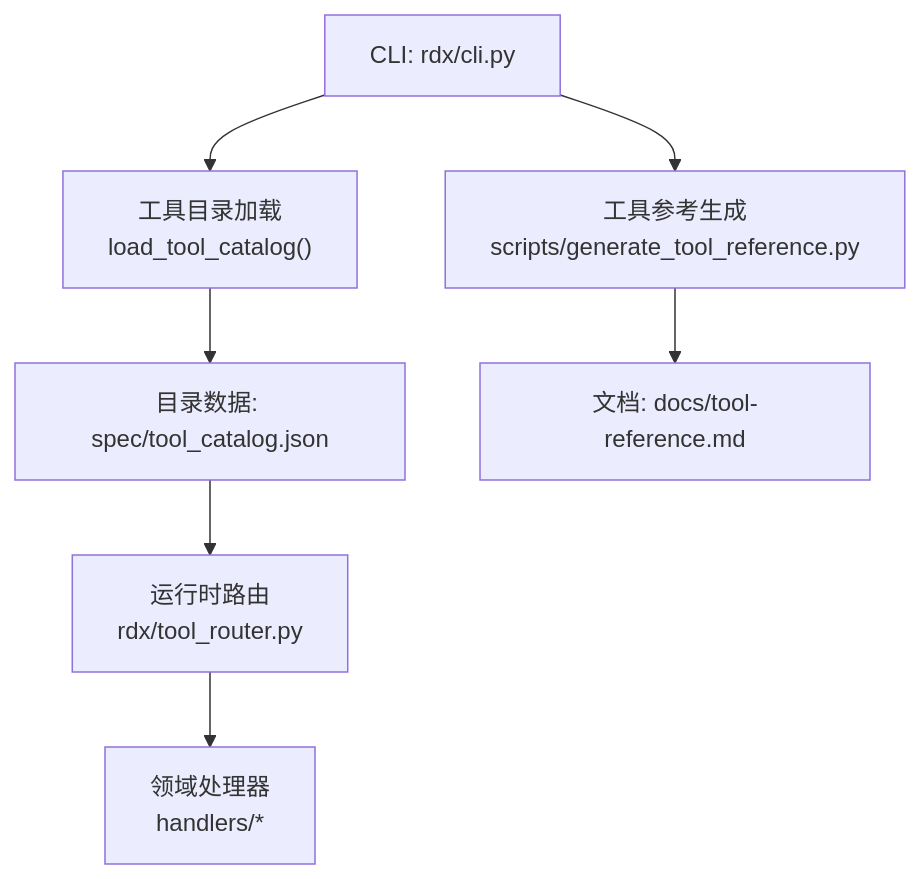
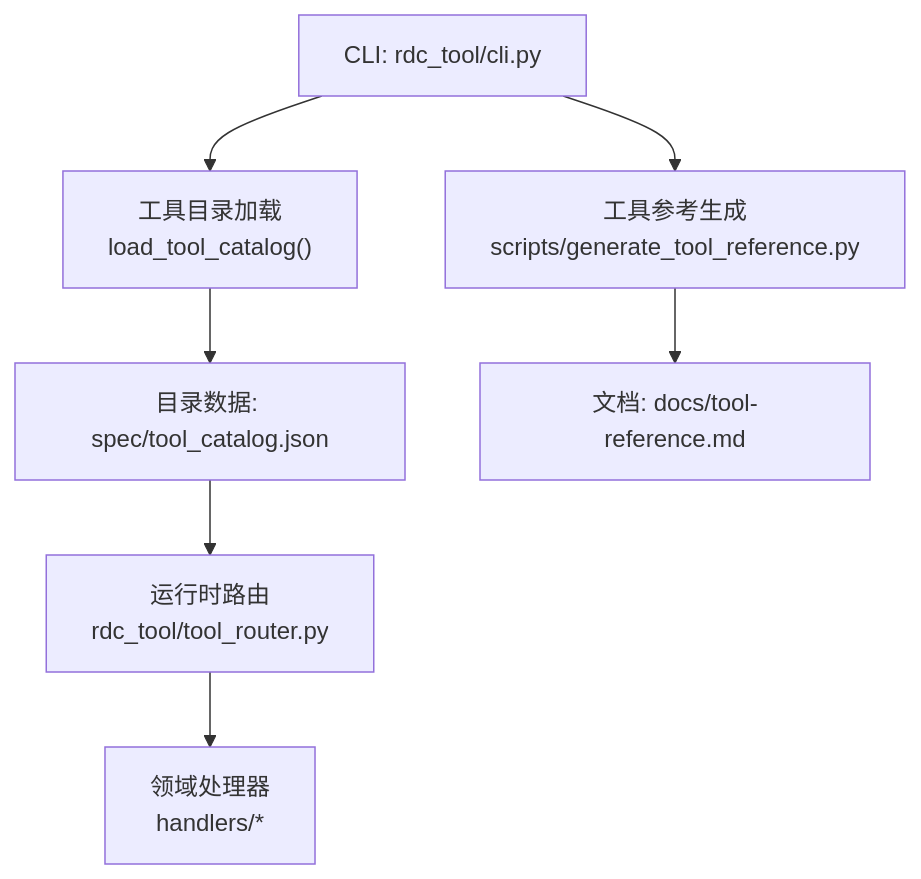
One commit to haolange/RDC-Tool changed the first of 5 diagrams in .qoder/repowiki/zh/content/CLI参考手册/工具管理命令.md. Above: the diagram before and after it, drawn with Mermaid. The commit also changed other lines of this file and 388 other files, not shown here.

First line of the commit message:
Release RDC-Tool identity and public maintenance surface

````diff
--- a/.qoder/repowiki/zh/content/CLI参考手册/工具管理命令.md
+++ b/.qoder/repowiki/zh/content/CLI参考手册/工具管理命令.md
@@ -41,9 +41,9 @@
 ```mermaid
 graph TB
-A["CLI: rdx/cli.py"] --> B["工具目录加载<br/>load_tool_catalog()"]
+A["CLI: rdc_tool/cli.py"] --> B["工具目录加载<br/>load_tool_catalog()"]
 B --> C["目录数据: spec/tool_catalog.json"]
 A --> D["工具参考生成<br/>scripts/generate_tool_reference.py"]
 D --> E["文档: docs/tool-reference.md"]
-C --> F["运行时路由<br/>rdx/tool_router.py"]
+C --> F["运行时路由<br/>rdc_tool/tool_router.py"]
 F --> G["领域处理器<br/>handlers/*"]
 ```
````
